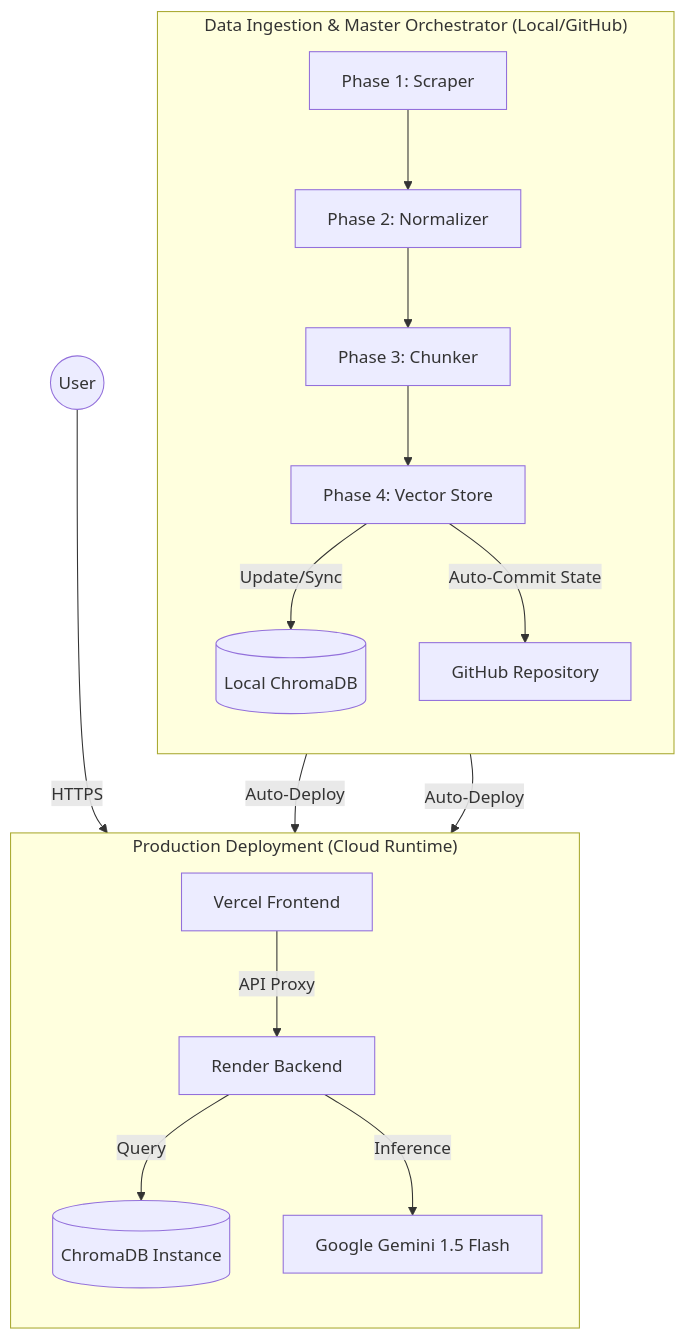
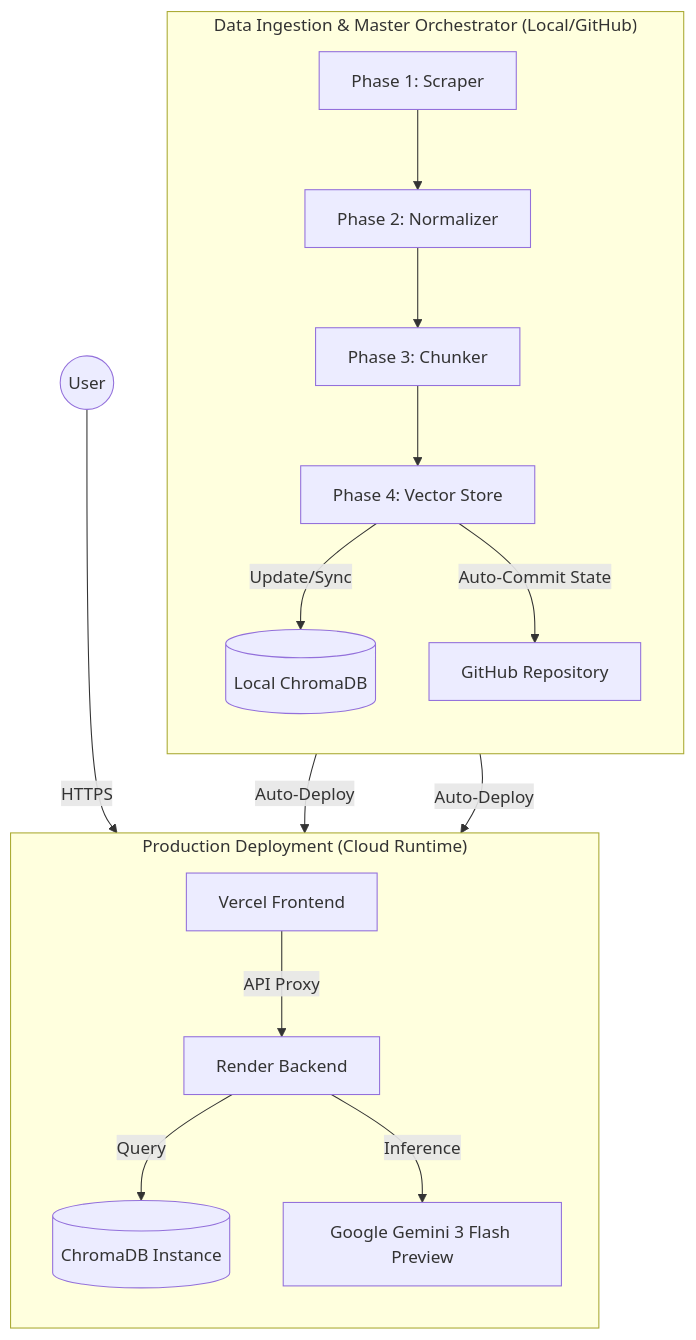
One commit to puneet225/MF_rag_chatbot changed the diagram in ARCHITECTURE.md. Above: the diagram before and after it, drawn with Mermaid. The commit also changed other lines of this file and 2 other files, not shown here.

Commit message:
Upgrade: Transition entire system to Gemini 3 Flash Preview

````diff
--- a/ARCHITECTURE.md
+++ b/ARCHITECTURE.md
@@ -24,32 +24,32 @@
 ```mermaid
 flowchart TD
     subgraph Local["Data Ingestion & Master Orchestrator (Local/GitHub)"]
         direction TB
         P1[Phase 1: Scraper] --> P2[Phase 2: Normalizer]
         P2 --> P3[Phase 3: Chunker]
         P3 --> P4[Phase 4: Vector Store]
         
         DB_Local[(Local ChromaDB)]
         P4 -- "Update/Sync" --> DB_Local
         
         GH[GitHub Repository]
         P4 -- "Auto-Commit State" --> GH
     end
 
     subgraph Cloud["Production Deployment (Cloud Runtime)"]
         direction TB
         Vercel[Vercel Frontend]
         Render[Render Backend]
-        Gemini[Google Gemini 1.5 Flash]
+        Gemini[Google Gemini 3 Flash Preview]
         DB_Cloud[(ChromaDB Instance)]
         
         GH -- "Auto-Deploy" --> Vercel
         GH -- "Auto-Deploy" --> Render
         
         Render -- "Query" --> DB_Cloud
         Render -- "Inference" --> Gemini
     end
 
     User((User)) -- "HTTPS" --> Vercel
     Vercel -- "API Proxy" --> Render
 ```
````
